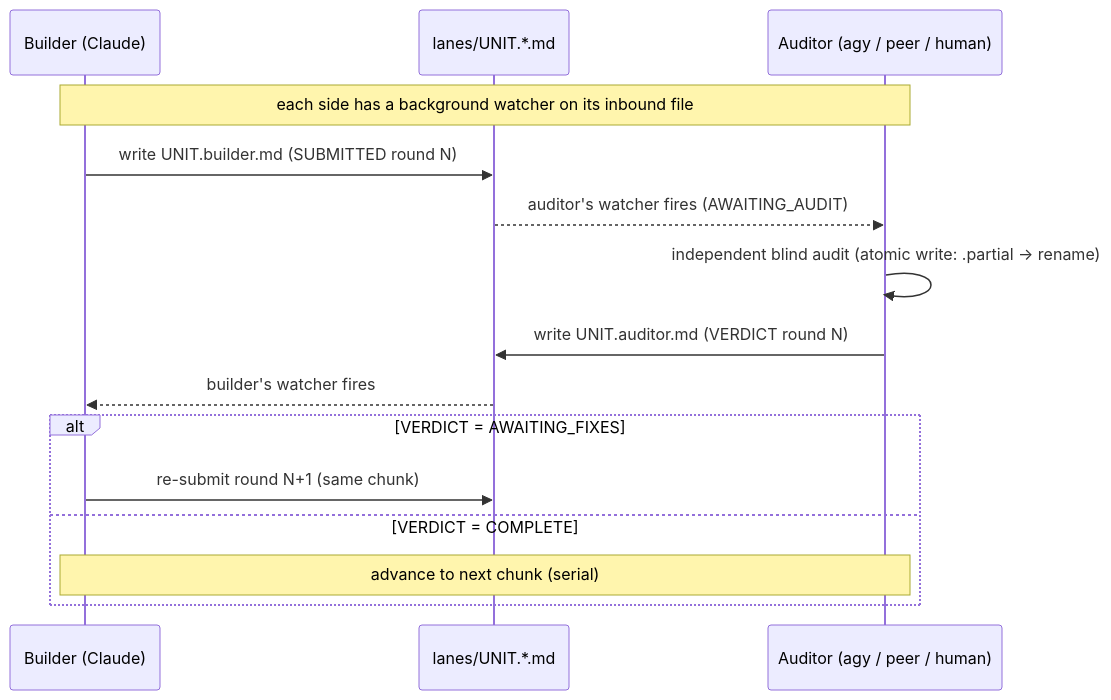
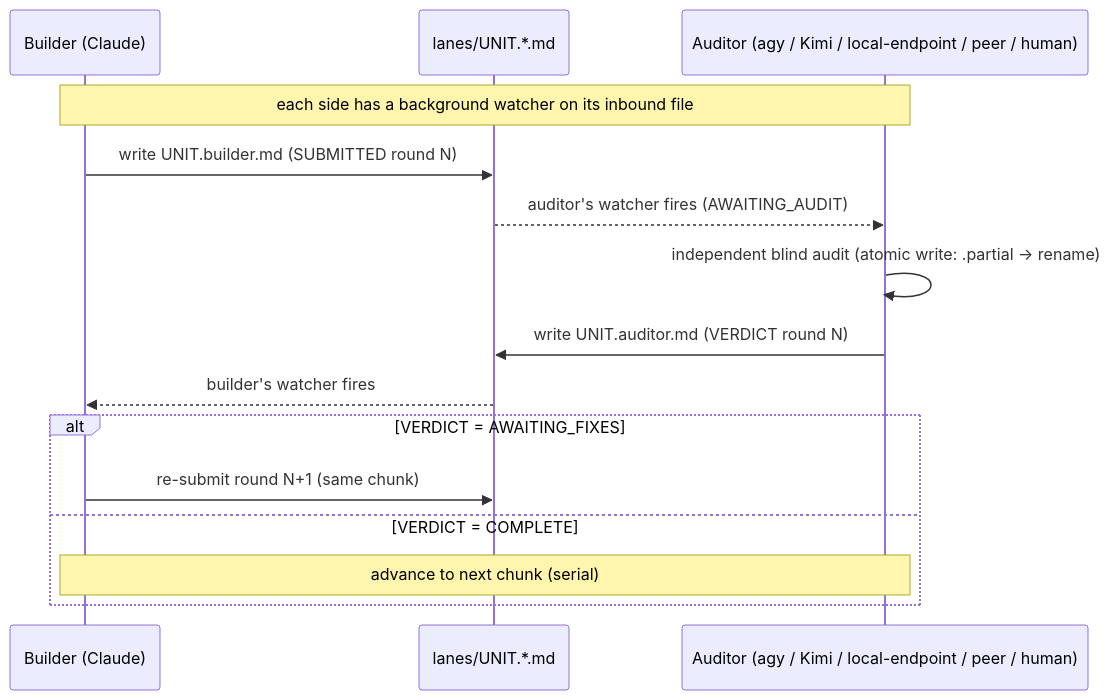
The second of 5 diagrams in docs/MHBP_PROCESS_DIAGRAM.md (saifgithub/DeliveryOS), drawn with Mermaid before and after one commit. The commit also changed other lines of this file and 3 other files, not shown here.

First line of the commit message:
feat(mhbp): add Kimi Code + local endpoints as foreign auditor tiers

````diff
--- a/docs/MHBP_PROCESS_DIAGRAM.md
+++ b/docs/MHBP_PROCESS_DIAGRAM.md
@@ -73,18 +73,18 @@
 ```mermaid
 sequenceDiagram
     participant B as Builder (Claude)
     participant FS as lanes/UNIT.*.md
-    participant A as Auditor (agy / peer / human)
+    participant A as Auditor (agy / Kimi / local-endpoint / peer / human)
 
     Note over B,A: each side has a background watcher on its inbound file
     B->>FS: write UNIT.builder.md (SUBMITTED round N)
     FS-->>A: auditor's watcher fires (AWAITING_AUDIT)
     A->>A: independent blind audit (atomic write: .partial → rename)
     A->>FS: write UNIT.auditor.md (VERDICT round N)
     FS-->>B: builder's watcher fires
     alt VERDICT = AWAITING_FIXES
         B->>FS: re-submit round N+1 (same chunk)
     else VERDICT = COMPLETE
         Note over B,A: advance to next chunk (serial)
     end
 ```
````
